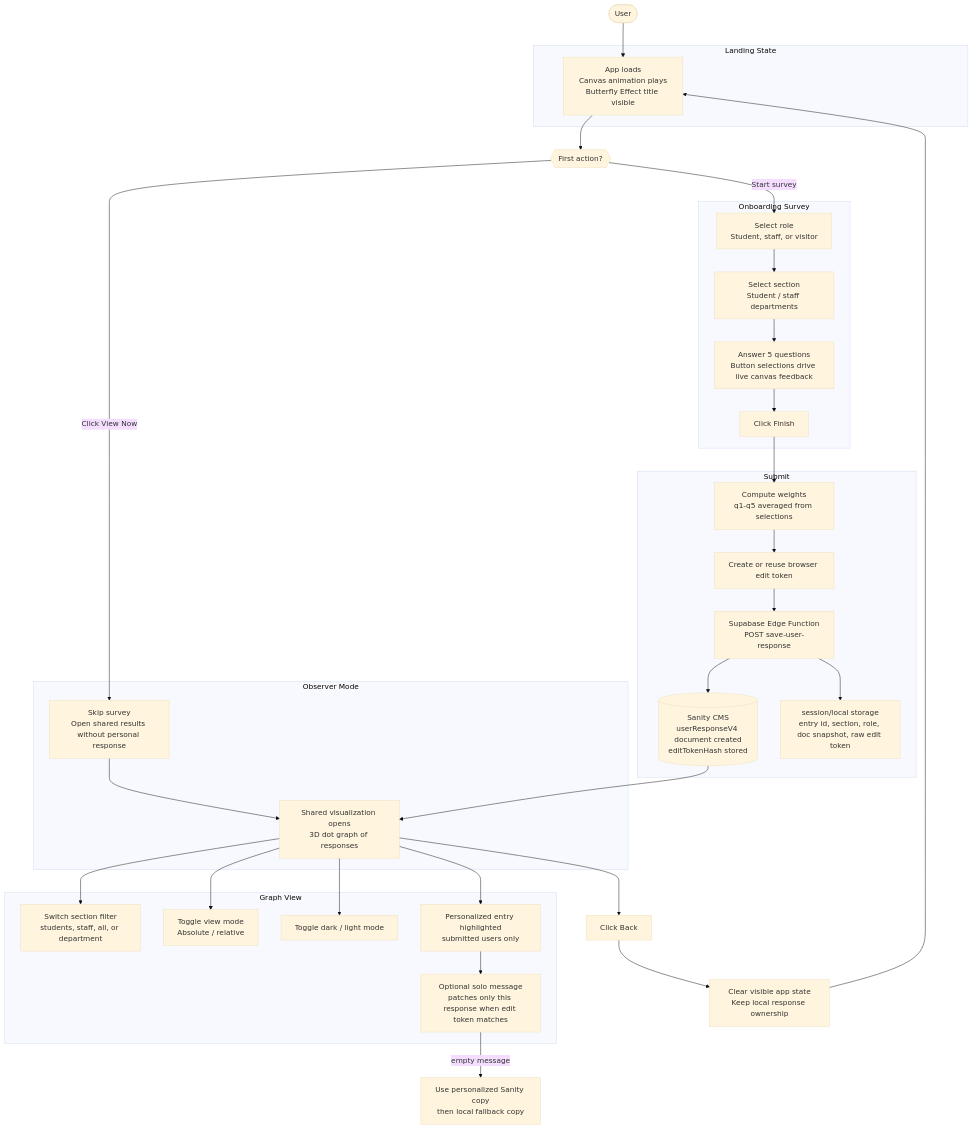
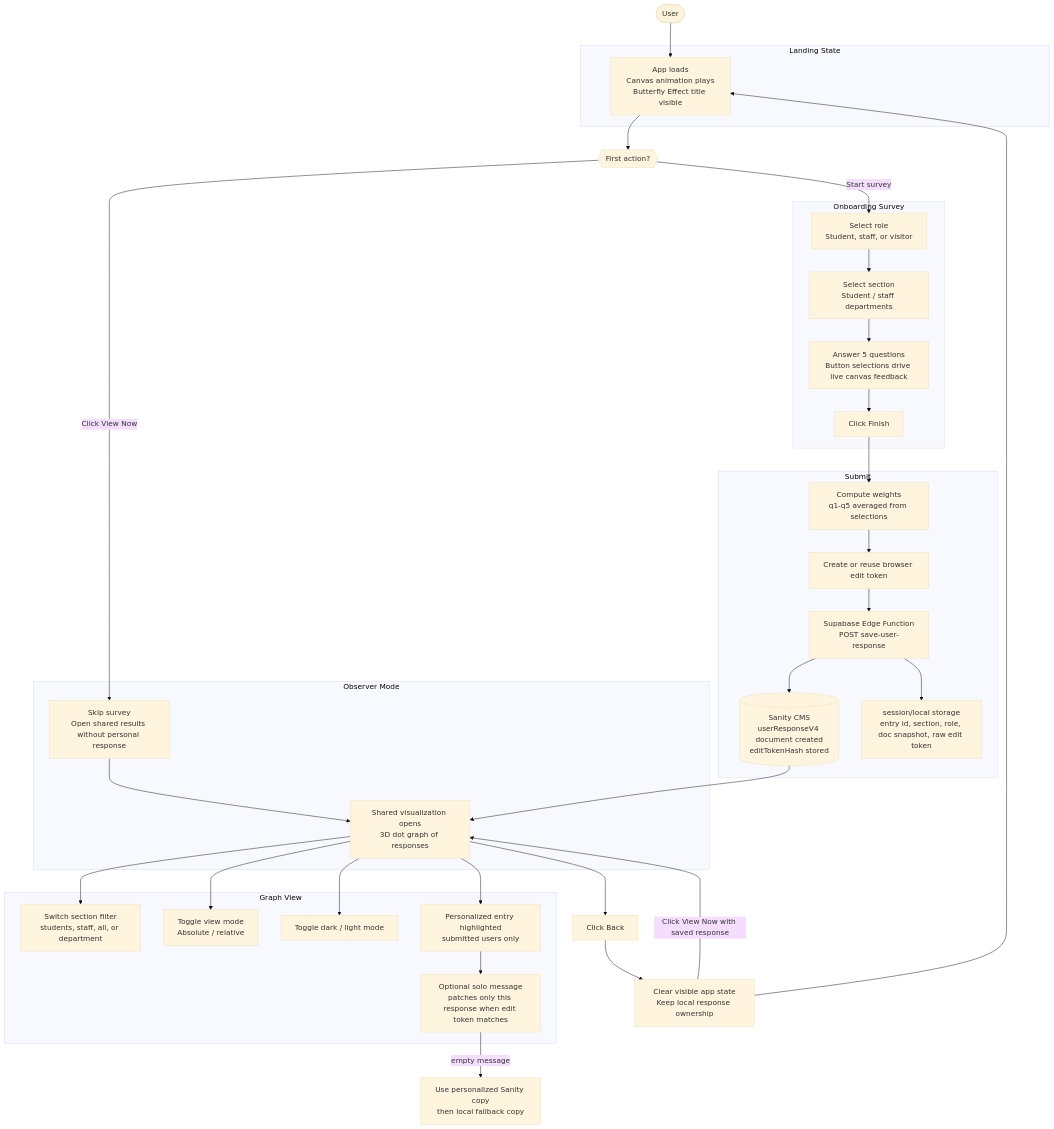
Before and after one commit to EfeOzalpp/butterfly-effect: the diagram in documentation/USER_FLOW.md, drawn with Mermaid (base theme). The commit also changed other lines of this file and 43 other files, not shown here.

Commit message:
feat: polish graph UI and submission flow

````diff
--- a/documentation/USER_FLOW.md
+++ b/documentation/USER_FLOW.md
@@ -3,52 +3,53 @@
 ```mermaid
 flowchart TD
     User(["User"]) --> Landing
 
     subgraph LandingState ["Landing State"]
         Landing["App loads\nCanvas animation plays\nButterfly Effect title visible"]
     end
 
     Landing --> Choice{{"First action?"}}
 
     Choice -->|"Click View Now"| Observer
     Choice -->|"Start survey"| Role
 
     subgraph ObserverPath ["Observer Mode"]
         Observer["Skip survey\nOpen shared results without personal response"]
         Observer --> Graph
     end
 
     subgraph SurveyPath ["Onboarding Survey"]
         Role["Select role\nStudent, staff, or visitor"]
         Role --> Section
         Section["Select section\nStudent / staff departments"]
         Section --> Questions
         Questions["Answer 5 questions\nButton selections drive live canvas feedback"]
         Questions --> Finish["Click Finish"]
     end
 
     subgraph Submit ["Submit"]
         Finish --> Transform["Compute weights\nq1-q5 averaged from selections"]
         Transform --> Token["Create or reuse browser edit token"]
         Token --> EdgeFn["Supabase Edge Function\nPOST save-user-response"]
         EdgeFn --> Sanity[("Sanity CMS\nuserResponseV4 document created\neditTokenHash stored")]
         EdgeFn --> Session["session/local storage\nentry id, section, role, doc snapshot, raw edit token"]
     end
 
     Sanity --> Graph
 
     subgraph GraphView ["Graph View"]
         Graph["Shared visualization opens\n3D dot graph of responses"]
         Graph --> SectionSwitch["Switch section filter\nstudents, staff, all, or department"]
         Graph --> ModeToggle["Toggle view mode\nAbsolute / relative"]
         Graph --> DarkToggle["Toggle dark / light mode"]
         Graph --> Personalized["Personalized entry highlighted\nsubmitted users only"]
         Personalized --> SoloMessage["Optional solo message\npatches only this response when edit token matches"]
     end
 
     SoloMessage -->|"empty message"| FallbackCopy["Use personalized Sanity copy\nthen local fallback copy"]
 
     Graph --> Back["Click Back"]
     Back --> Reset["Clear visible app state\nKeep local response ownership"]
     Reset --> Landing
+    Reset -->|"Click View Now with saved response"| Graph
 ```
````
